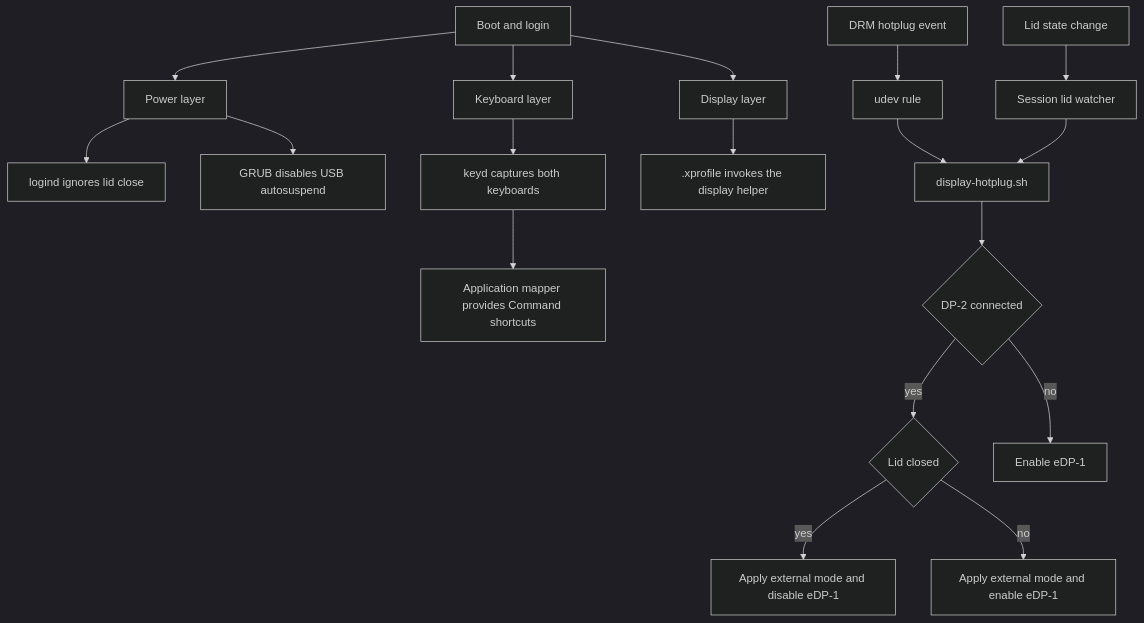
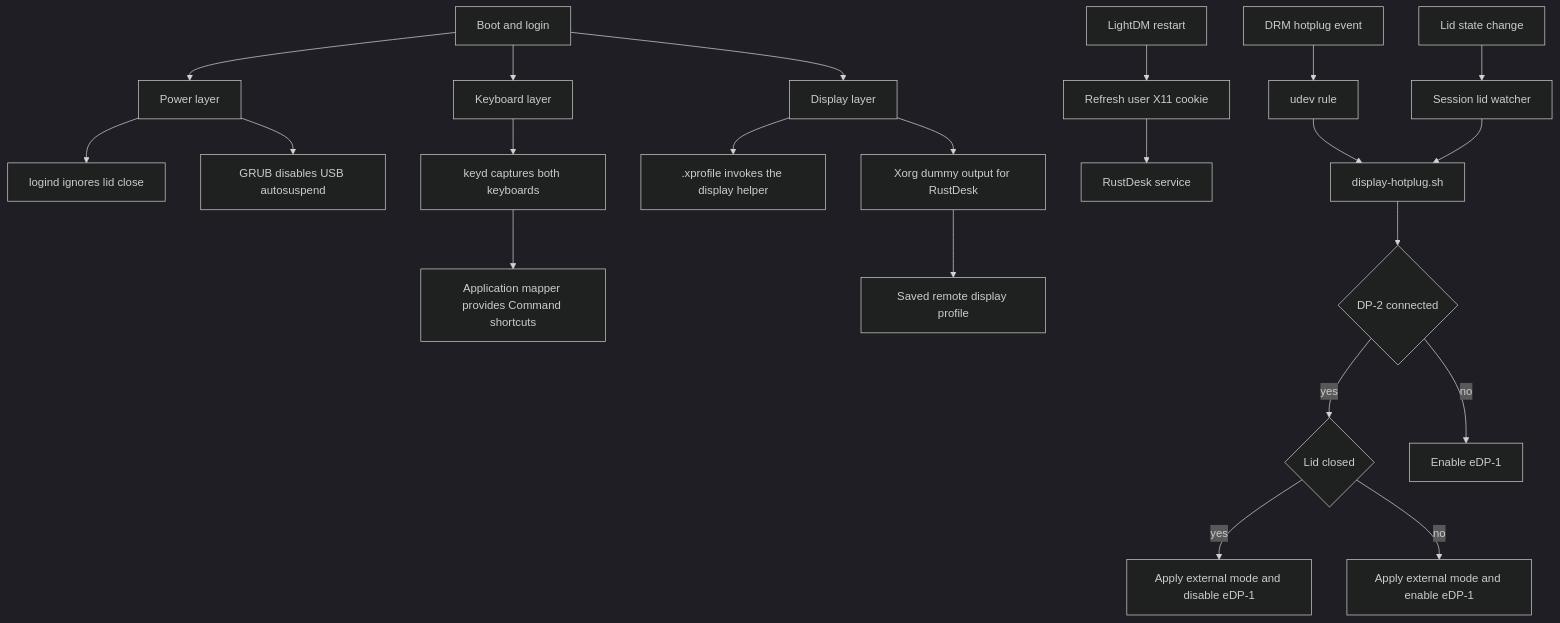
Before and after one commit to realdavidvega/dotfiles: the diagram in doc/linux-mint-macbook.md, drawn with Mermaid (dark theme). The commit also changed other lines of this file and 7 other files, not shown here.

Commit message:
feat: limux mint remote display settings

````diff
--- a/doc/linux-mint-macbook.md
+++ b/doc/linux-mint-macbook.md
@@ -12,20 +13,24 @@
 ```mermaid
 flowchart TD
   boot[Boot and login] --> power[Power layer]
   boot --> keyboard[Keyboard layer]
   boot --> display[Display layer]
   power --> lid[logind ignores lid close]
   power --> usb[GRUB disables USB autosuspend]
   keyboard --> keyd[keyd captures both keyboards]
   keyd --> mapper[Application mapper provides Command shortcuts]
   display --> xprofile[.xprofile invokes the display helper]
+  display --> dummy[Xorg dummy output for RustDesk]
+  dummy --> profile[Saved remote display profile]
+  displaymanager[LightDM restart] --> xauth[Refresh user X11 cookie]
+  xauth --> rustdesk[RustDesk service]
   hotplug[DRM hotplug event] --> udev[udev rule]
   udev --> script[display-hotplug.sh]
   lidchange[Lid state change] --> watcher[Session lid watcher]
   watcher --> script
   script --> connected{DP-2 connected}
   connected -->|yes| lidstate{Lid closed}
   lidstate -->|yes| external[Apply external mode and disable eDP-1]
   lidstate -->|no| dual[Apply external mode and enable eDP-1]
   connected -->|no| internal[Enable eDP-1]
 ```
````
